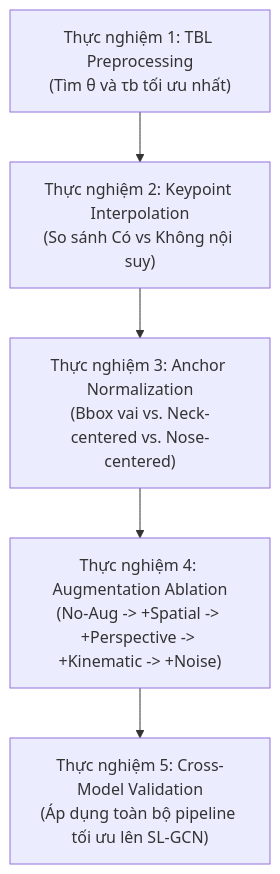
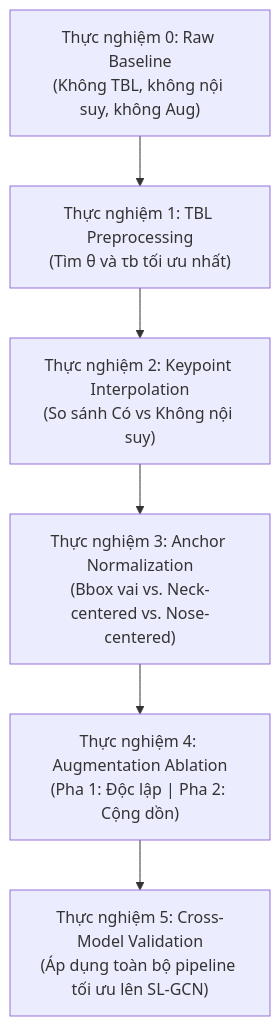
Before and after one commit to thanhbinh55/VietnameseSignLanguageRecognition_vsl400: the diagram in docs/research_ablation_plan.md, drawn with Mermaid. The commit also changed other lines of this file, not shown here.

Commit message:
Update research ablation plan with raw baseline and sequential/cumulative augmentation strategy

````diff
--- a/docs/research_ablation_plan.md
+++ b/docs/research_ablation_plan.md
@@ -36,7 +36,8 @@
 ```mermaid
 flowchart TD
-    E1["Thực nghiệm 1: TBL Preprocessing\n(Tìm θ và τb tối ưu nhất)"] --> E2["Thực nghiệm 2: Keypoint Interpolation\n(So sánh Có vs Không nội suy)"]
+    E0["Thực nghiệm 0: Raw Baseline\n(Không TBL, không nội suy, không Aug)"] --> E1["Thực nghiệm 1: TBL Preprocessing\n(Tìm θ và τb tối ưu nhất)"]
+    E1 --> E2["Thực nghiệm 2: Keypoint Interpolation\n(So sánh Có vs Không nội suy)"]
     E2 --> E3["Thực nghiệm 3: Anchor Normalization\n(Bbox vai vs. Neck-centered vs. Nose-centered)"]
-    E3 --> E4["Thực nghiệm 4: Augmentation Ablation\n(No-Aug -> +Spatial -> +Perspective -> +Kinematic -> +Noise)"]
+    E3 --> E4["Thực nghiệm 4: Augmentation Ablation\n(Pha 1: Độc lập | Pha 2: Cộng dồn)"]
     E4 --> E5["Thực nghiệm 5: Cross-Model Validation\n(Áp dụng toàn bộ pipeline tối ưu lên SL-GCN)"]
 ```
````
